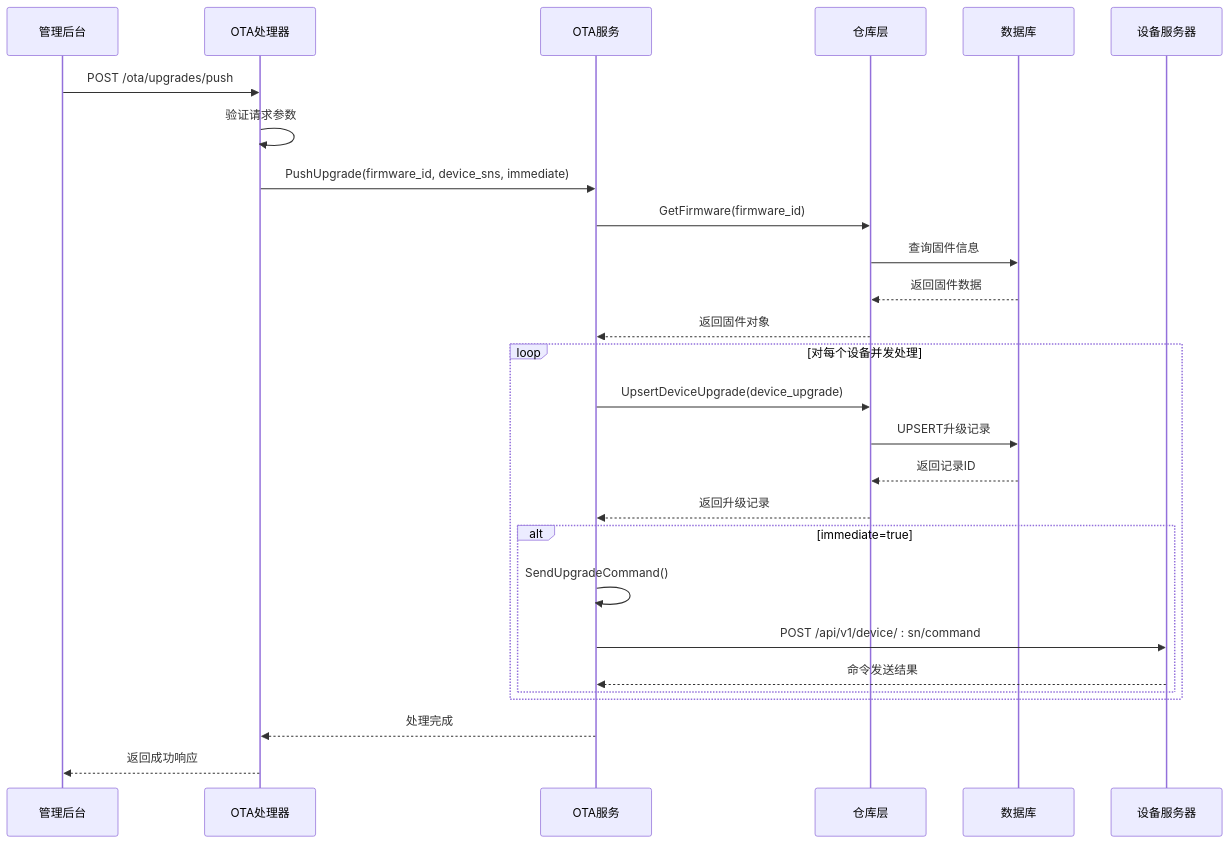
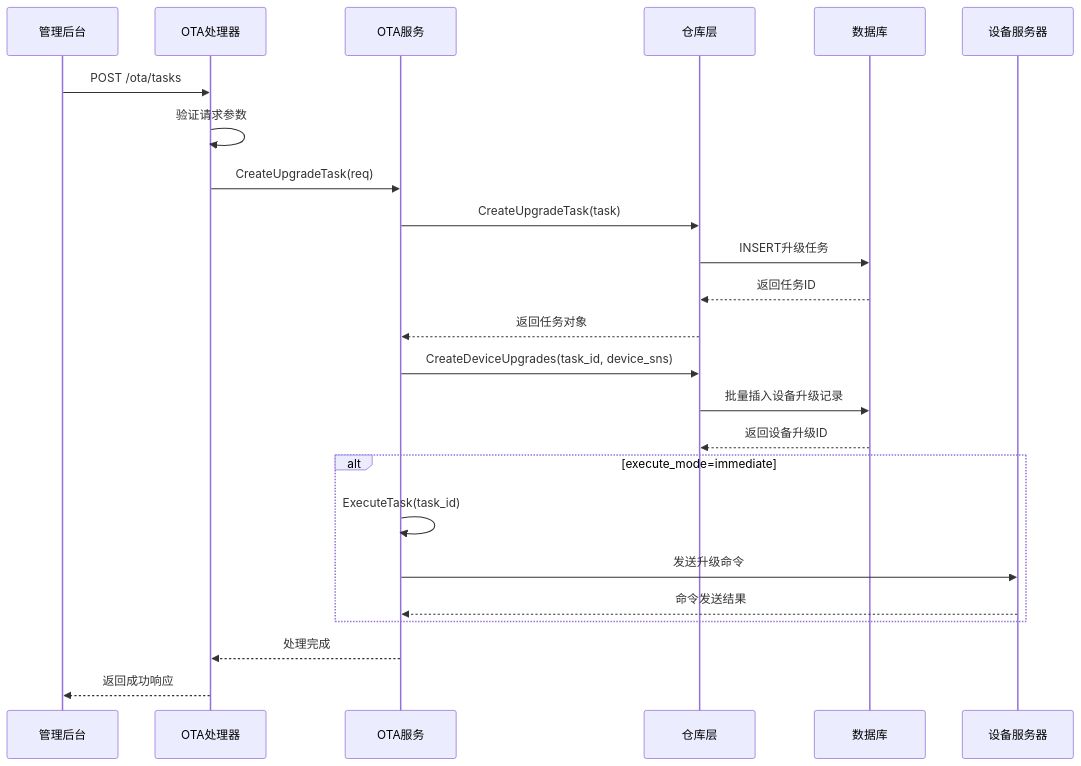
Before and after one commit to mcmrzy/cs_inv_monitor-develop: the third of 8 diagrams in .qoder/repowiki/zh/content/OTA升级系统/OTA任务调度/OTA任务创建.md, drawn with Mermaid. The commit also changed other lines of this file and 128 other files, not shown here.

````diff
--- a/.qoder/repowiki/zh/content/OTA升级系统/OTA任务调度/OTA任务创建.md
+++ b/.qoder/repowiki/zh/content/OTA升级系统/OTA任务调度/OTA任务创建.md
@@ -165,29 +197,26 @@
 ```mermaid
 sequenceDiagram
 participant Admin as 管理后台
 participant Handler as OTA处理器
 participant Service as OTA服务
 participant Repo as 仓库层
 participant DB as 数据库
 participant DeviceServer as 设备服务器
-Admin->>Handler : POST /ota/upgrades/push
+Admin->>Handler : POST /ota/tasks
 Handler->>Handler : 验证请求参数
-Handler->>Service : PushUpgrade(firmware_id, device_sns, immediate)
-Service->>Repo : GetFirmware(firmware_id)
-Repo->>DB : 查询固件信息
-DB-->>Repo : 返回固件数据
-Repo-->>Service : 返回固件对象
-loop 对每个设备并发处理
-Service->>Repo : UpsertDeviceUpgrade(device_upgrade)
-Repo->>DB : UPSERT升级记录
-DB-->>Repo : 返回记录ID
-Repo-->>Service : 返回升级记录
-alt immediate=true
-Service->>Service : SendUpgradeCommand()
-Service->>DeviceServer : POST /api/v1/device/ : sn/command
+Handler->>Service : CreateUpgradeTask(req)
+Service->>Repo : CreateUpgradeTask(task)
+Repo->>DB : INSERT升级任务
+DB-->>Repo : 返回任务ID
+Repo-->>Service : 返回任务对象
+Service->>Repo : CreateDeviceUpgrades(task_id, device_sns)
+Repo->>DB : 批量插入设备升级记录
+DB-->>Repo : 返回设备升级ID
+alt execute_mode=immediate
+Service->>Service : ExecuteTask(task_id)
+Service->>DeviceServer : 发送升级命令
 DeviceServer-->>Service : 命令发送结果
-end
 end
 Service-->>Handler : 处理完成
 Handler-->>Admin : 返回成功响应
 ```
````
